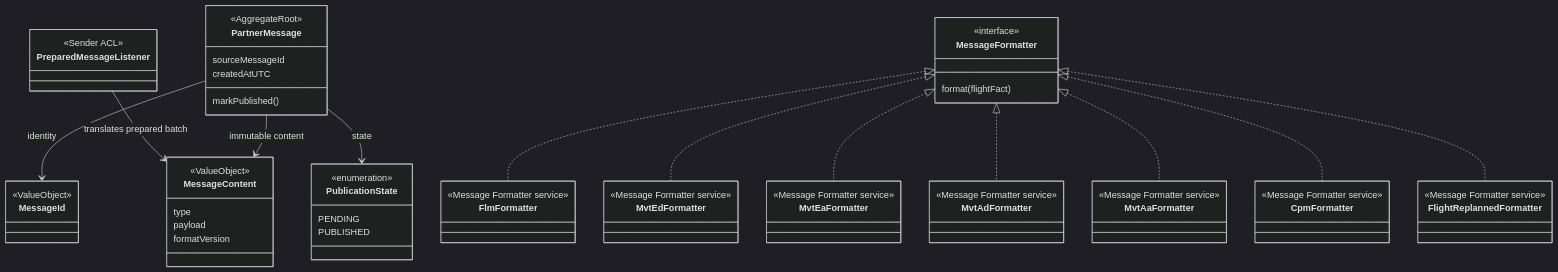
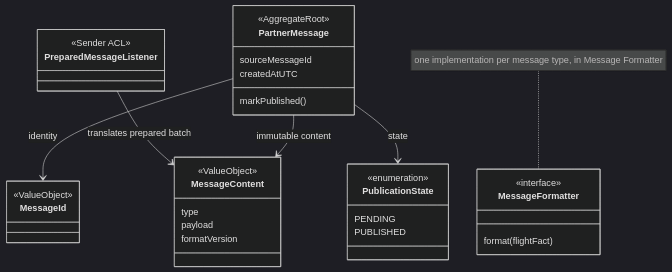
The eighth of 8 diagrams in architecture/analyse.md (ebhd/air-freight-operations), drawn with Mermaid (dark theme) before and after one commit. The commit also changed other lines of this file, not shown here.

````diff
--- a/architecture/analyse.md
+++ b/architecture/analyse.md
@@ -562,62 +558,35 @@
 ```mermaid
 classDiagram
     class PartnerMessage {
         <<AggregateRoot>>
         markPublished()
     }
     class MessageId {
         <<ValueObject>>
     }
     class MessageContent {
         <<ValueObject>>
         type
         payload
         formatVersion
     }
     class PublicationState {
         <<enumeration>>
         PENDING
         PUBLISHED
     }
     class MessageFormatter {
         <<interface>>
         format(flightFact)
     }
-    class FlmFormatter {
-        <<Message Formatter service>>
-    }
-    class MvtEdFormatter {
-        <<Message Formatter service>>
-    }
-    class MvtEaFormatter {
-        <<Message Formatter service>>
-    }
-    class MvtAdFormatter {
-        <<Message Formatter service>>
-    }
-    class MvtAaFormatter {
-        <<Message Formatter service>>
-    }
-    class CpmFormatter {
-        <<Message Formatter service>>
-    }
-    class FlightReplannedFormatter {
-        <<Message Formatter service>>
-    }
+    note for MessageFormatter "one implementation per message type, in Message Formatter"
     class PreparedMessageListener {
         <<Sender ACL>>
     }
     PreparedMessageListener --> MessageContent : translates prepared batch
     PartnerMessage --> MessageId : identity
     PartnerMessage --> MessageContent : immutable content
     PartnerMessage --> PublicationState : state
     PartnerMessage : sourceMessageId
     PartnerMessage : createdAtUTC
-    MessageFormatter <|.. FlmFormatter
-    MessageFormatter <|.. MvtEdFormatter
-    MessageFormatter <|.. MvtEaFormatter
-    MessageFormatter <|.. MvtAdFormatter
-    MessageFormatter <|.. MvtAaFormatter
-    MessageFormatter <|.. CpmFormatter
-    MessageFormatter <|.. FlightReplannedFormatter
 ```
````
